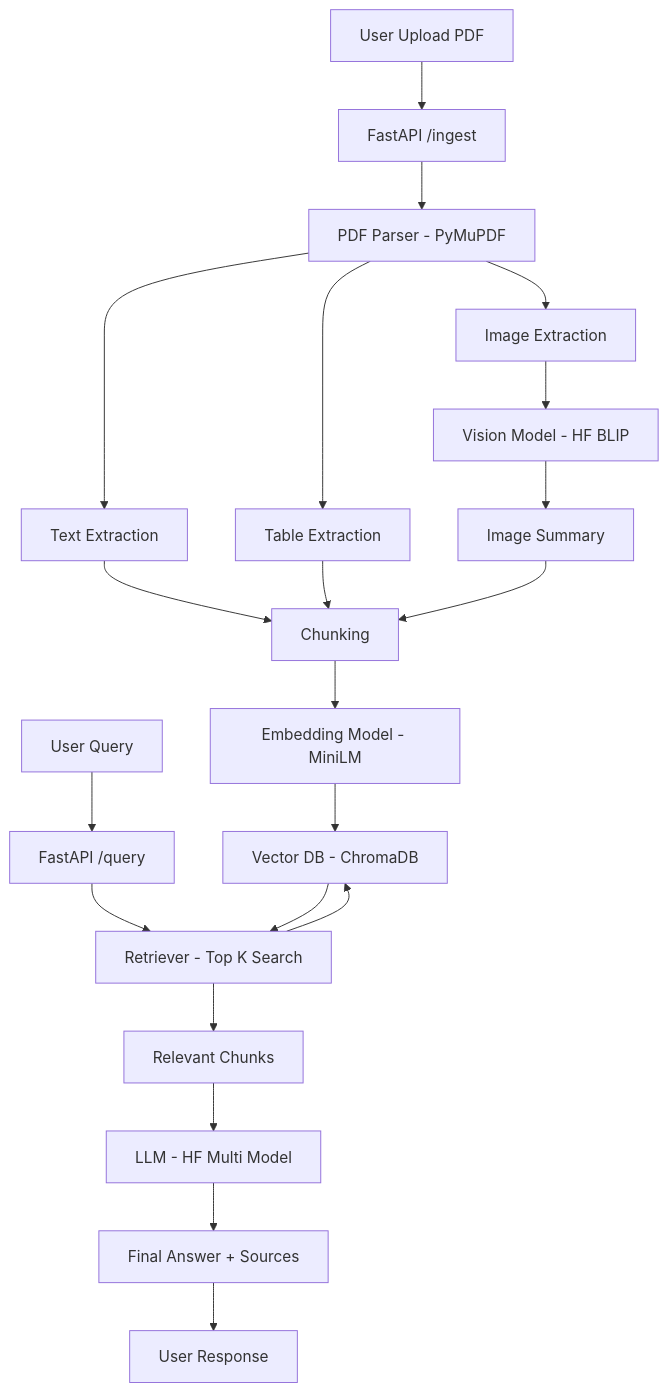
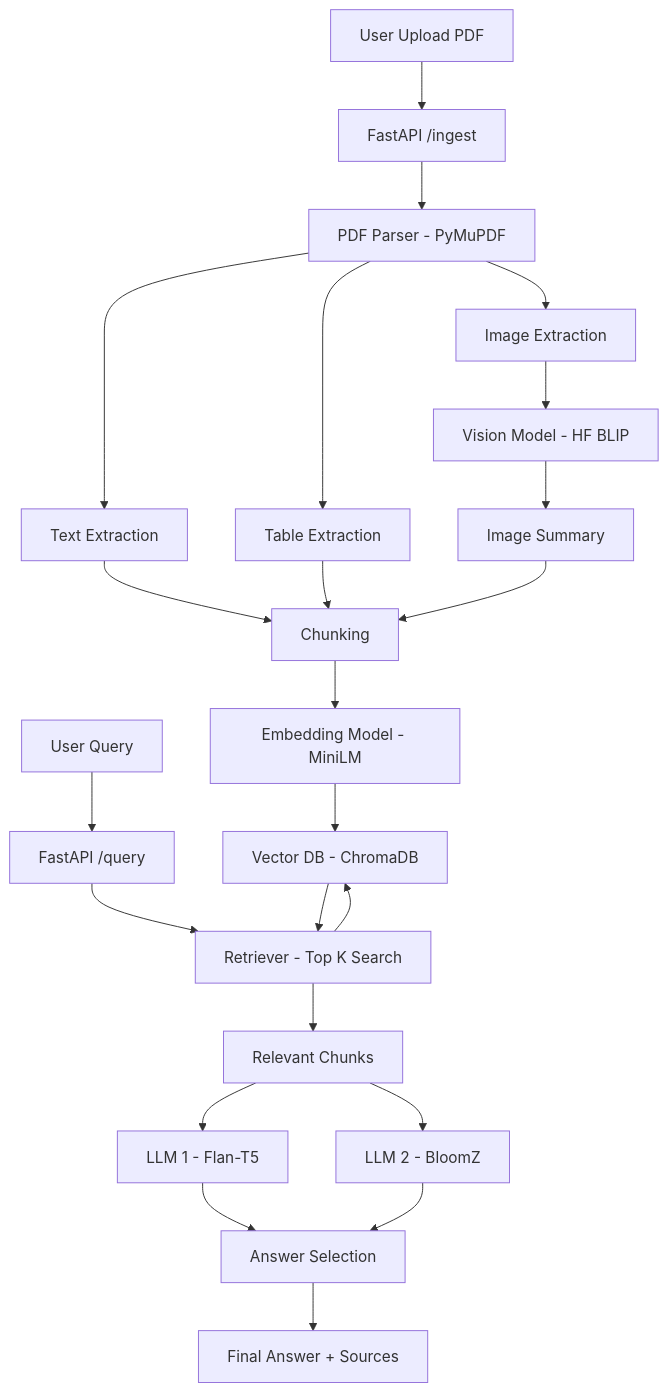
The second of 2 diagrams in README.md (tikaram-rajput/bootcamp_assignment_01), drawn with Mermaid before and after one commit.

Commit message:
Update architecture diagram with LLM details

````diff
--- a/README.md
+++ b/README.md
@@ -354,31 +354,36 @@
 ```mermaid
 flowchart TD
+
     A[User Upload PDF] --> B[FastAPI /ingest]
+
     B --> C[PDF Parser - PyMuPDF]
     
     C --> D1[Text Extraction]
     C --> D2[Table Extraction]
     C --> D3[Image Extraction]
 
     D3 --> E[Vision Model - HF BLIP]
     E --> F[Image Summary]
 
     D1 --> G[Chunking]
     D2 --> G
     F --> G
 
     G --> H[Embedding Model - MiniLM]
     H --> I[Vector DB - ChromaDB]
 
     J[User Query] --> K[FastAPI /query]
     K --> L[Retriever - Top K Search]
     L --> I
 
     I --> L
     L --> M[Relevant Chunks]
 
-    M --> N[LLM - HF Multi Model]
-    N --> O[Final Answer + Sources]
+    M --> N1[LLM 1 - Flan-T5]
+    M --> N2[LLM 2 - BloomZ]
 
-    O --> P[User Response]
+    N1 --> O[Answer Selection]
+    N2 --> O
+
+    O --> P[Final Answer + Sources]
 ```
````
